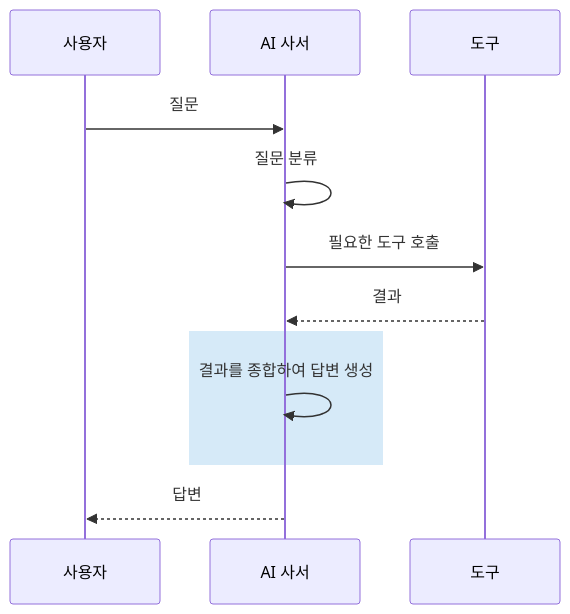
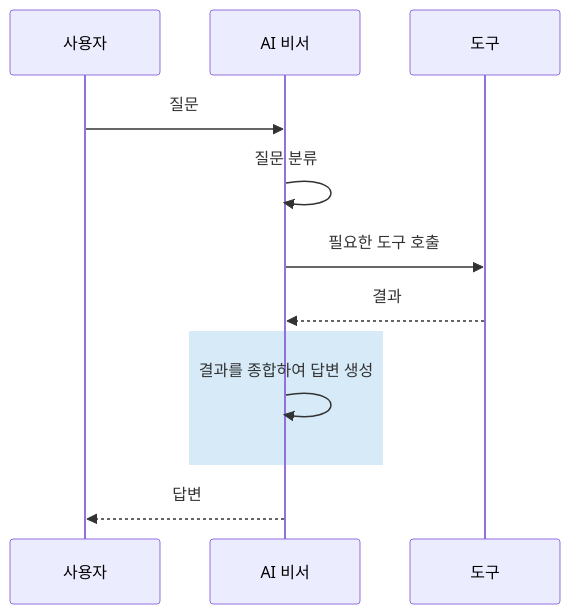
The fourth of 4 diagrams in projects/사내AI비서_v2/chapters/06-연차도-규정도-한번에.md (edu-openskill/lecture-book-workflow), drawn with Mermaid before and after one commit. The commit also changed other lines of this file and 6 other files, not shown here.

````diff
--- a/projects/사내AI비서_v2/chapters/06-연차도-규정도-한번에.md
+++ b/projects/사내AI비서_v2/chapters/06-연차도-규정도-한번에.md
@@ -710,11 +710,11 @@
 ```mermaid
 sequenceDiagram
-    사용자->>AI 사서: 질문
-    AI 사서->>AI 사서: 질문 분류
-    AI 사서->>도구: 필요한 도구 호출
-    도구-->>AI 사서: 결과
+    사용자->>AI 비서: 질문
+    AI 비서->>AI 비서: 질문 분류
+    AI 비서->>도구: 필요한 도구 호출
+    도구-->>AI 비서: 결과
     rect rgb(214, 234, 248)
-        AI 사서->>AI 사서: 결과를 종합하여 답변 생성
+        AI 비서->>AI 비서: 결과를 종합하여 답변 생성
     end
-    AI 사서-->>사용자: 답변
+    AI 비서-->>사용자: 답변
 ```
````
